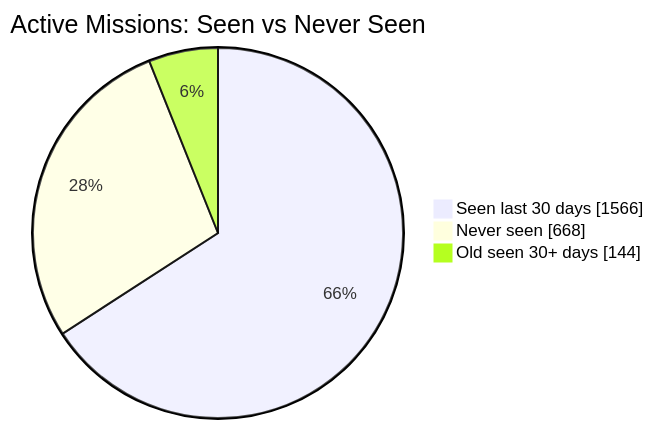
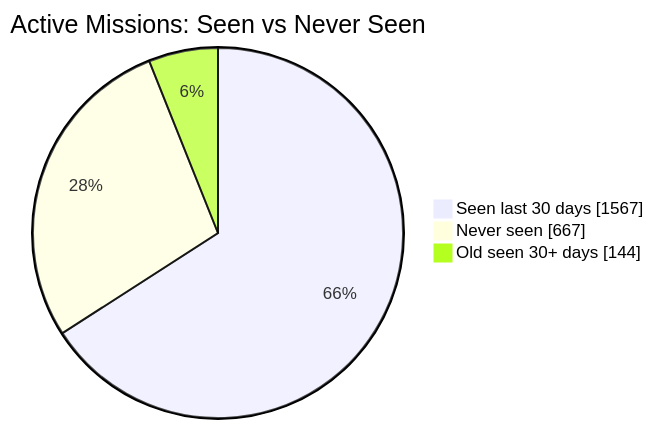
The first of 2 diagrams in README.md (MeldkamerspelGameTeam/active-missions), drawn with Mermaid before and after one commit. The commit also changed other lines of this file and 2 other files, not shown here.

````diff
--- a/README.md
+++ b/README.md
@@ -34,7 +34,7 @@
 ```mermaid
 pie showData
     title Active Missions: Seen vs Never Seen
-    "Seen last 30 days" : 1566
-    "Never seen" : 668
+    "Seen last 30 days" : 1567
+    "Never seen" : 667
     "Old seen 30+ days" : 144
 ```
````
